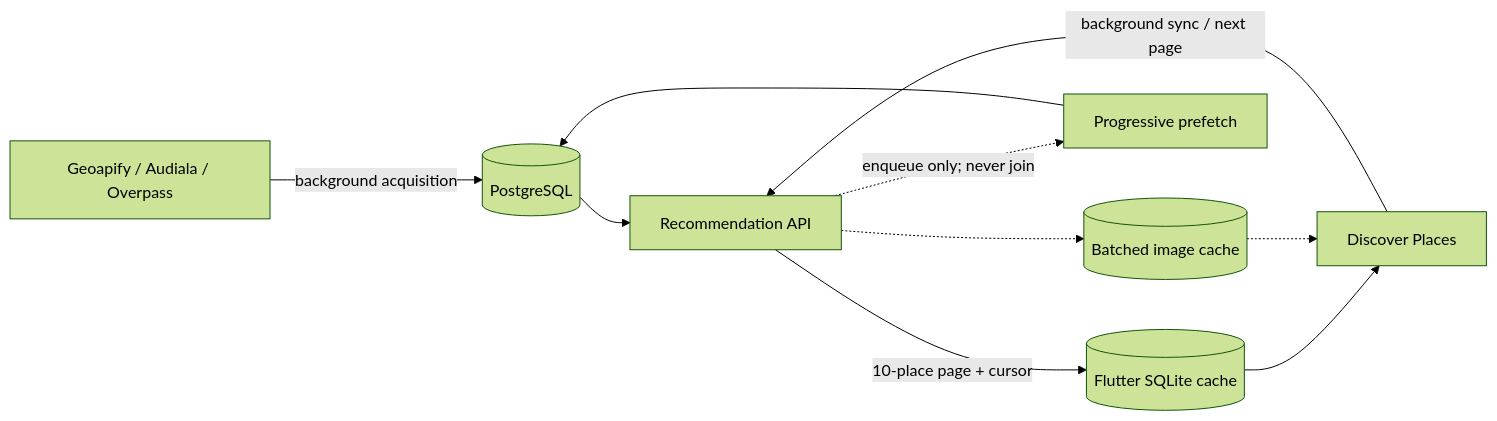
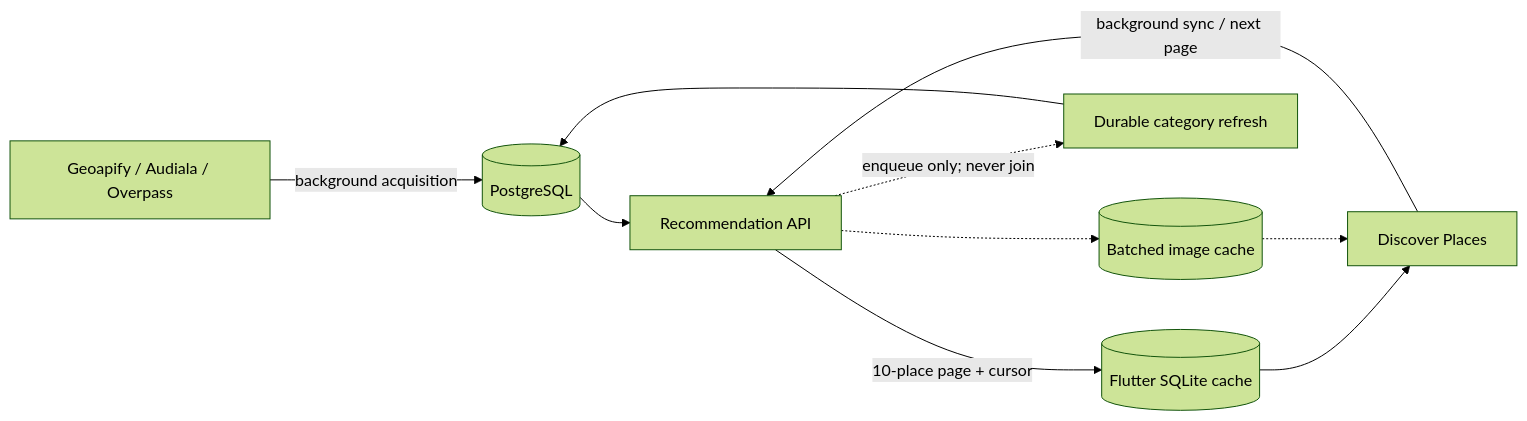
The second of 2 diagrams in docs/DISCOVER_PLACES_DATA_LOADING.md (rohanxgiri/yatra_canvas), drawn with Mermaid (forest theme) before and after one commit. The commit also changed other lines of this file and 34 other files, not shown here.

````diff
--- a/docs/DISCOVER_PLACES_DATA_LOADING.md
+++ b/docs/DISCOVER_PLACES_DATA_LOADING.md
@@ -27,12 +27,12 @@
 ```mermaid
 flowchart LR
     X[Geoapify / Audiala / Overpass] -->|background acquisition| DB[(PostgreSQL)]
     DB --> R[Recommendation API]
     R -->|10-place page + cursor| LC[(Flutter SQLite cache)]
     LC --> UI[Discover Places]
     UI -->|background sync / next page| R
-    R -.->|enqueue only; never join| P[Progressive prefetch]
+    R -.->|enqueue only; never join| P[Durable category refresh]
     P --> DB
     R -.-> IC[(Batched image cache)]
     IC -.-> UI
 ```
````
